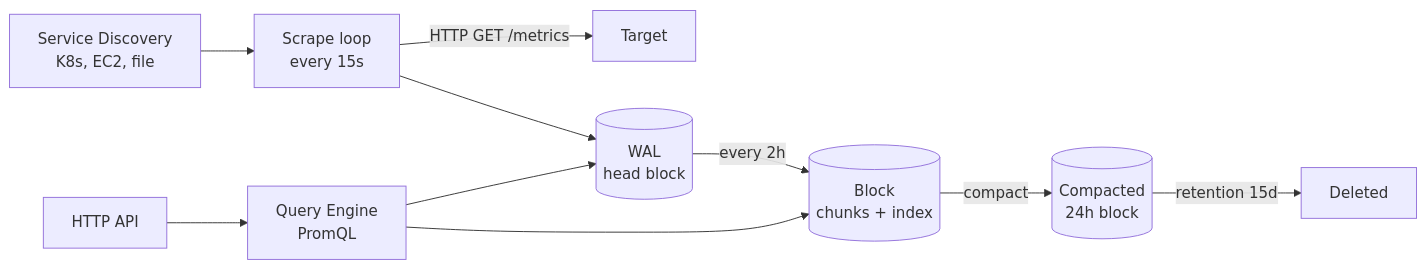
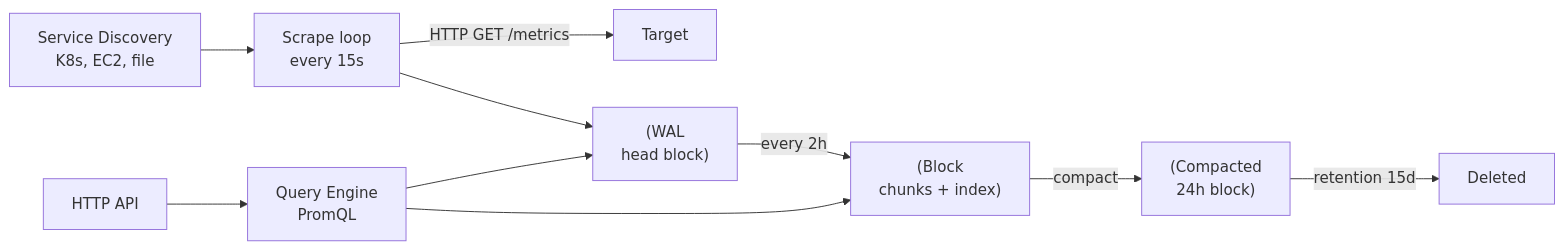
One commit to srinivaskona7/devops-learning changed the second of 12 diagrams in 05-monitoring/README.md. Above: the diagram before and after it, drawn with Mermaid. The commit also changed other lines of this file and 220 other files, not shown here.

````diff
--- a/05-monitoring/README.md
+++ b/05-monitoring/README.md
@@ -181,12 +205,12 @@
 ```mermaid
 flowchart LR
-  SD[Service Discovery<br/>K8s, EC2, file] --> SC[Scrape loop<br/>every 15s]
+  SD["Service Discovery<br/>K8s, EC2, file"] --> SC["Scrape loop<br/>every 15s"]
   SC -->|HTTP GET /metrics| APP[Target]
-  SC --> WAL[(WAL<br/>head block)]
-  WAL -->|every 2h| BLK[(Block<br/>chunks + index)]
-  BLK -->|compact| BIG[(Compacted<br/>24h block)]
+  SC --> WAL["(WAL<br/>head block)"]
+  WAL -->|every 2h| BLK["(Block<br/>chunks + index)"]
+  BLK -->|compact| BIG["(Compacted<br/>24h block)"]
   BIG -->|retention 15d| DEL[Deleted]
-  QE[Query Engine<br/>PromQL] --> WAL
+  QE["Query Engine<br/>PromQL"] --> WAL
   QE --> BLK
   API[HTTP API] --> QE
 ```
````
